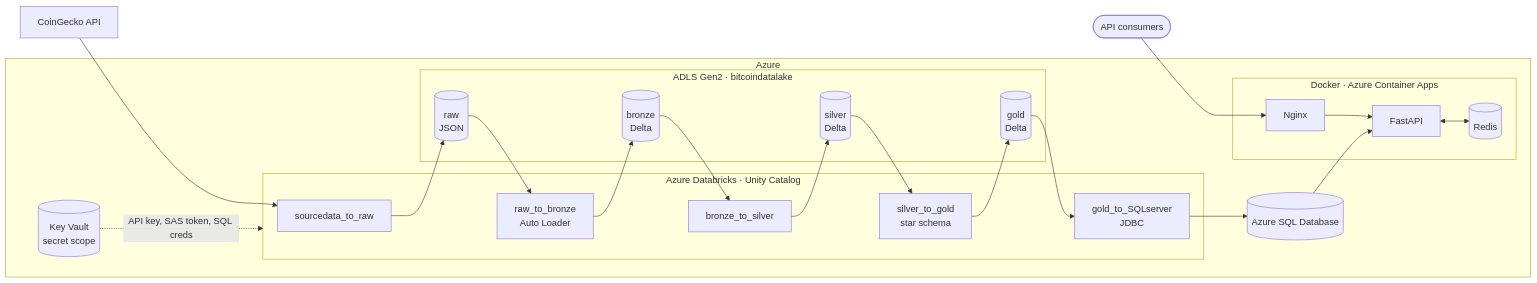
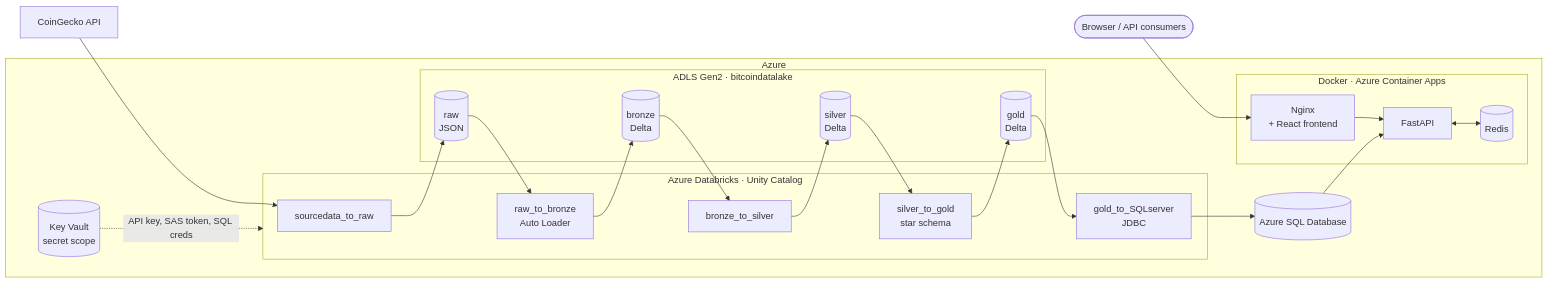
Before and after one commit to Yorkchk/Bitcoin-data-platform: the first of 2 diagrams in README.md, drawn with Mermaid. The commit also changed other lines of this file and 39 other files, not shown here.

First line of the commit message:
Add React frontend for the Bitcoin API

````diff
--- a/README.md
+++ b/README.md
@@ -35,31 +36,31 @@
 ```mermaid
 flowchart LR
     CG[CoinGecko API]
 
     subgraph AZ[Azure]
         KV[(Key Vault<br/>secret scope)]
         subgraph DBX[Azure Databricks · Unity Catalog]
             N1[sourcedata_to_raw]
             N2[raw_to_bronze<br/>Auto Loader]
             N3[bronze_to_silver]
             N4[silver_to_gold<br/>star schema]
             N5[gold_to_SQLserver<br/>JDBC]
         end
         subgraph ADLS[ADLS Gen2 · bitcoindatalake]
             R[(raw<br/>JSON)]
             B[(bronze<br/>Delta)]
             S[(silver<br/>Delta)]
             G[(gold<br/>Delta)]
         end
         SQL[(Azure SQL Database)]
         subgraph ACA[Docker · Azure Container Apps]
-            NG[Nginx] --> API[FastAPI]
+            NG[Nginx<br/>+ React frontend] --> API[FastAPI]
             API <--> RD[(Redis)]
         end
     end
 
     CG --> N1 --> R --> N2 --> B --> N3 --> S --> N4 --> G --> N5 --> SQL
     KV -. API key, SAS token, SQL creds .-> DBX
     SQL --> API
-    Client([API consumers]) --> NG
+    Client([Browser / API consumers]) --> NG
 ```
````
